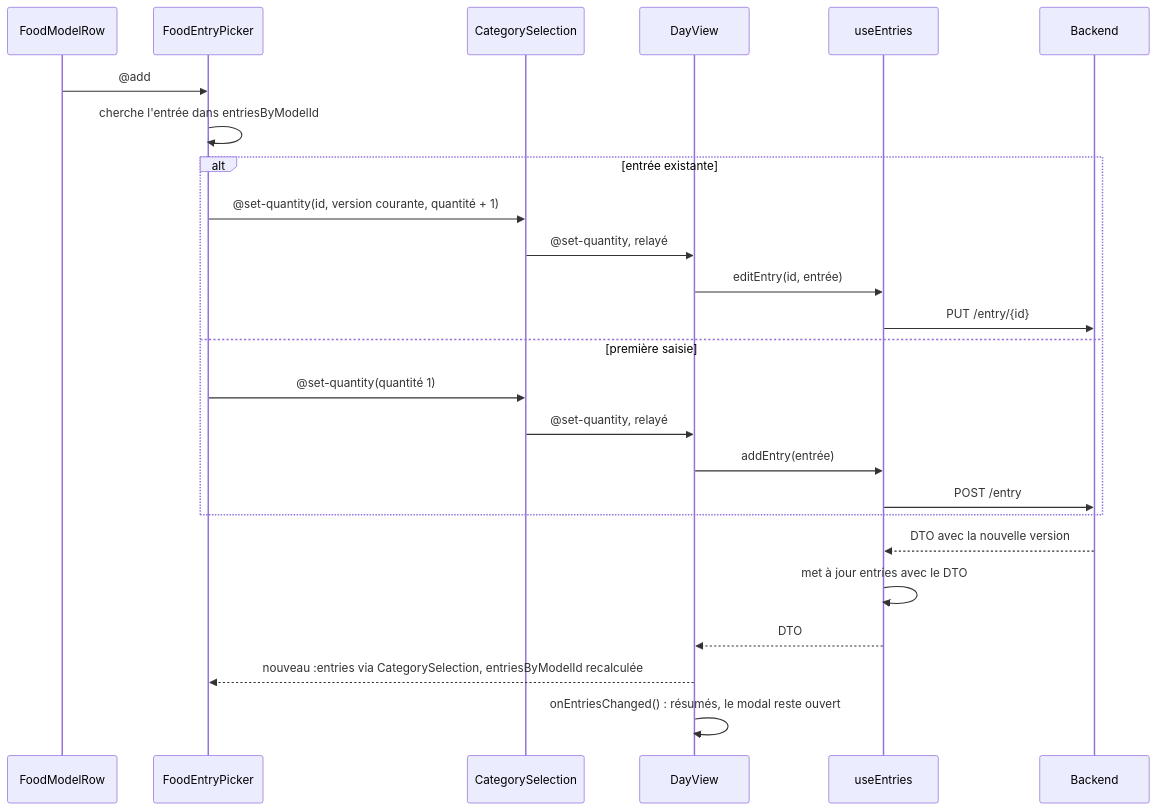
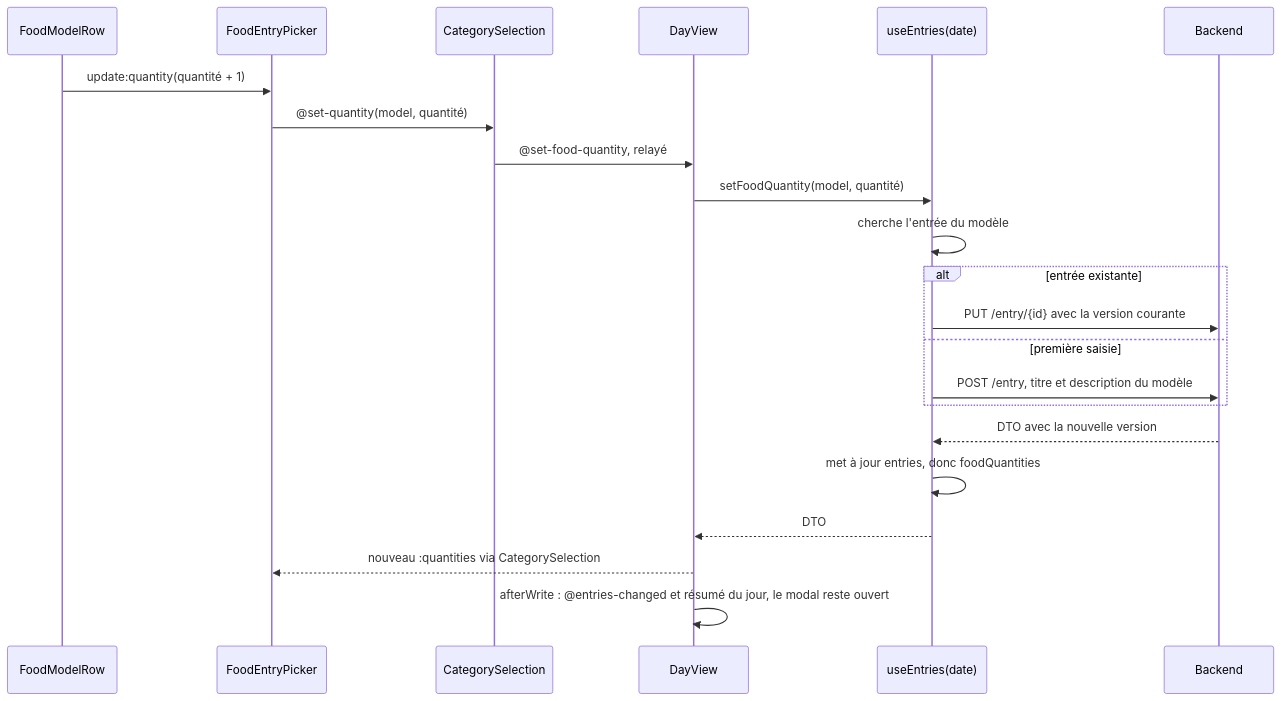
Diagram 14 of 16 in docs/dependances.md (brieuc/dailyvue), drawn with Mermaid before and after one commit. The commit also changed other lines of this file and 30 other files, not shown here.

````diff
--- a/docs/dependances.md
+++ b/docs/dependances.md
@@ -378,28 +384,25 @@
 ```mermaid
 sequenceDiagram
     participant R as FoodModelRow
     participant L as FoodEntryPicker
     participant C as CategorySelection
     participant D as DayView
-    participant E as useEntries
+    participant E as useEntries(date)
     participant B as Backend
 
-    R->>L: @add
-    L->>L: cherche l'entrée dans entriesByModelId
+    R->>L: update:quantity(quantité + 1)
+    L->>C: @set-quantity(model, quantité)
+    C->>D: @set-food-quantity, relayé
+    D->>E: setFoodQuantity(model, quantité)
+    E->>E: cherche l'entrée du modèle
     alt entrée existante
-        L->>C: @set-quantity(id, version courante, quantité + 1)
-        C->>D: @set-quantity, relayé
-        D->>E: editEntry(id, entrée)
-        E->>B: PUT /entry/{id}
+        E->>B: PUT /entry/{id} avec la version courante
     else première saisie
-        L->>C: @set-quantity(quantité 1)
-        C->>D: @set-quantity, relayé
-        D->>E: addEntry(entrée)
-        E->>B: POST /entry
+        E->>B: POST /entry, titre et description du modèle
     end
     B-->>E: DTO avec la nouvelle version
-    E->>E: met à jour entries avec le DTO
+    E->>E: met à jour entries, donc foodQuantities
     E-->>D: DTO
-    D-->>L: nouveau :entries via CategorySelection, entriesByModelId recalculée
-    D->>D: onEntriesChanged() : résumés, le modal reste ouvert
+    D-->>L: nouveau :quantities via CategorySelection
+    D->>D: afterWrite : @entries-changed et résumé du jour, le modal reste ouvert
 ```
````
